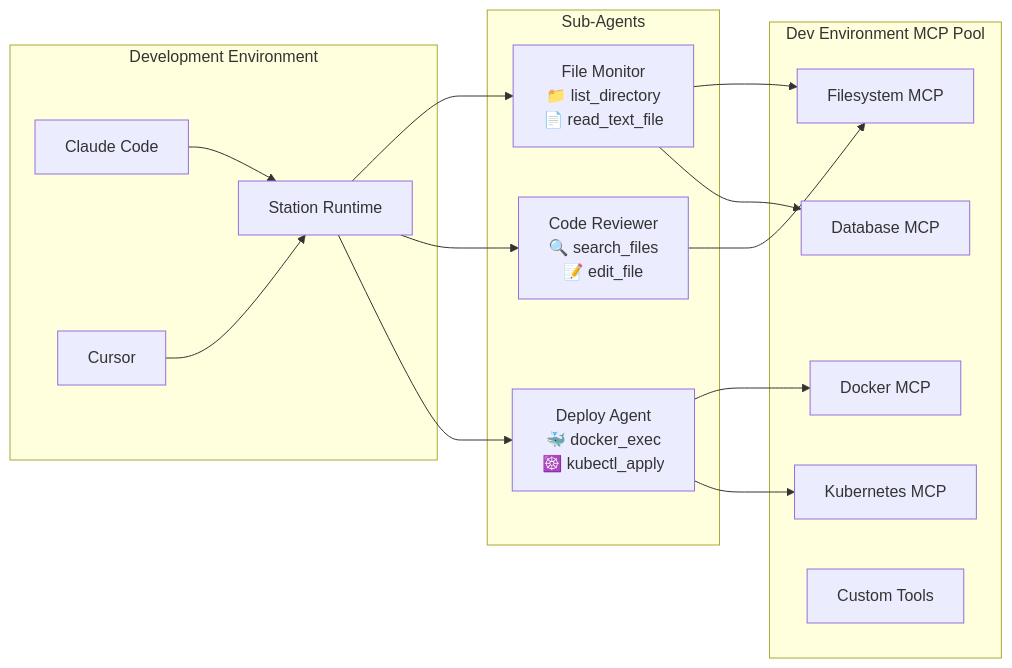
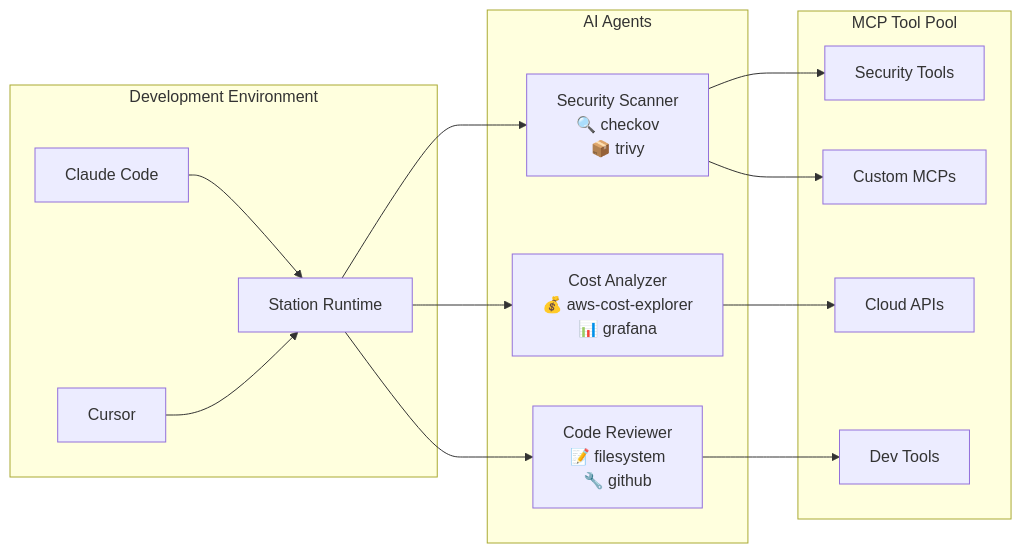
One commit to cloudshipai/station changed the diagram in README.md. Above: the diagram before and after it, drawn with Mermaid. The commit also changed other lines of this file and 68 other files, not shown here.

````diff
--- a/README.md
+++ b/README.md
@@ -9,34 +7,32 @@
 ```mermaid
 graph LR
     subgraph "Development Environment"
         Claude[Claude Code]
         Cursor[Cursor]
         Station[Station Runtime]
     end
-    
-    subgraph "Sub-Agents"
-        Agent1["File Monitor<br/>📁 list_directory<br/>📄 read_text_file"]
-        Agent2["Code Reviewer<br/>🔍 search_files<br/>📝 edit_file"]
-        Agent3["Deploy Agent<br/>🐳 docker_exec<br/>☸️ kubectl_apply"]
+
+    subgraph "AI Agents"
+        Agent1["Security Scanner<br/>🔍 checkov<br/>📦 trivy"]
+        Agent2["Cost Analyzer<br/>💰 aws-cost-explorer<br/>📊 grafana"]
+        Agent3["Code Reviewer<br/>📝 filesystem<br/>🔧 github"]
     end
-    
-    subgraph "Dev Environment MCP Pool"
-        FS[Filesystem MCP]
-        Docker[Docker MCP]
-        K8s[Kubernetes MCP]
-        DB[Database MCP]
-        Custom[Custom Tools]
+
+    subgraph "MCP Tool Pool"
+        Security[Security Tools]
+        Cloud[Cloud APIs]
+        Dev[Dev Tools]
+        Custom[Custom MCPs]
     end
-    
+
     Claude --> Station
     Cursor --> Station
     Station --> Agent1
     Station --> Agent2
     Station --> Agent3
-    
-    Agent1 --> FS
-    Agent2 --> FS
-    Agent3 --> Docker
-    Agent3 --> K8s
-    Agent1 --> DB
+
+    Agent1 --> Security
+    Agent2 --> Cloud
+    Agent3 --> Dev
+    Agent1 --> Custom
 ```
````
